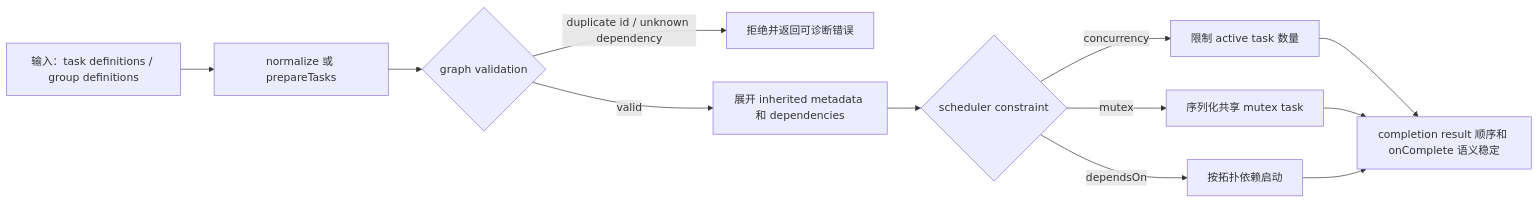
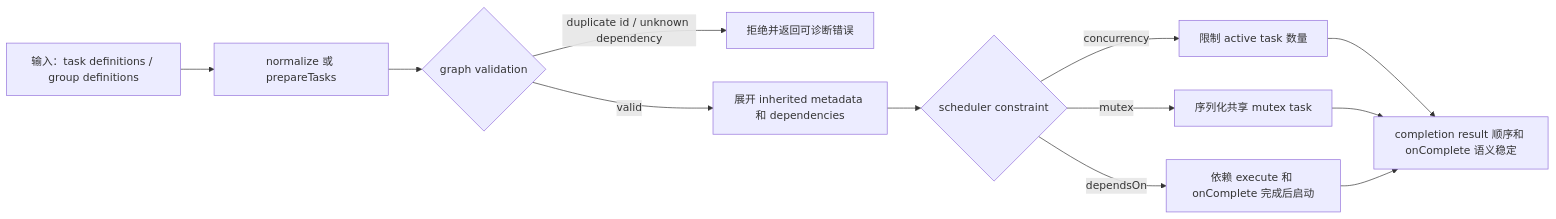
The seventh of 8 diagrams in docs/testing/cases.md (zxyycom/docnav), drawn with Mermaid before and after one commit. The commit also changed other lines of this file, not shown here.

````diff
--- a/docs/testing/cases.md
+++ b/docs/testing/cases.md
@@ -930,14 +931,14 @@
 ```mermaid
 flowchart LR
   A["输入：task definitions / group definitions"] --> B["normalize 或 prepareTasks"]
   B --> C{"graph validation"}
   C -->|"duplicate id / unknown dependency"| D["拒绝并返回可诊断错误"]
   C -->|"valid"| E["展开 inherited metadata 和 dependencies"]
   E --> F{"scheduler constraint"}
   F -->|"concurrency"| G["限制 active task 数量"]
   F -->|"mutex"| H["序列化共享 mutex task"]
-  F -->|"dependsOn"| I["按拓扑依赖启动"]
+  F -->|"dependsOn"| I["依赖 execute 和 onComplete 完成后启动"]
   G --> J["completion result 顺序和 onComplete 语义稳定"]
   H --> J
   I --> J
 ```
````
